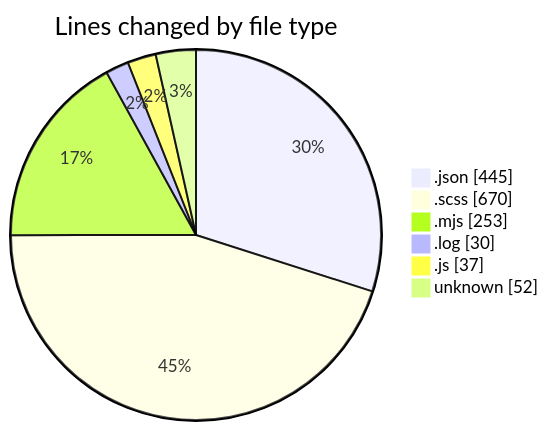
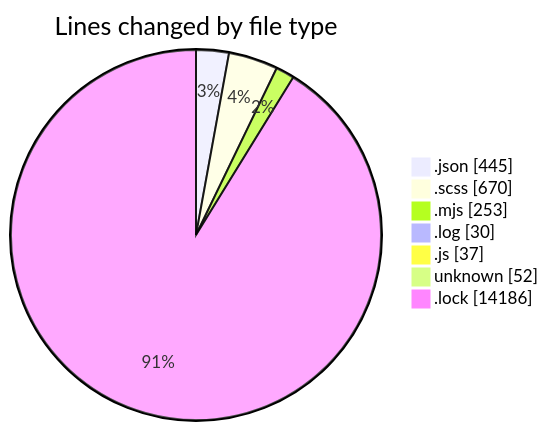
One commit to momahboobian/code-tracking changed the first of 2 diagrams in 2026-08-12/cda/README.md. Above: the diagram before and after it, drawn with Mermaid. The commit also changed other lines of this file and 1 other file, not shown here.

````diff
--- a/2026-08-12/cda/README.md
+++ b/2026-08-12/cda/README.md
@@ -35,10 +36,11 @@
 ```mermaid
 pie showData
 title Lines changed by file type
 ".json" : 445
 ".scss" : 670
 ".mjs" : 253
 ".log" : 30
 ".js" : 37
 "unknown" : 52
+".lock" : 14186
 ```
````
